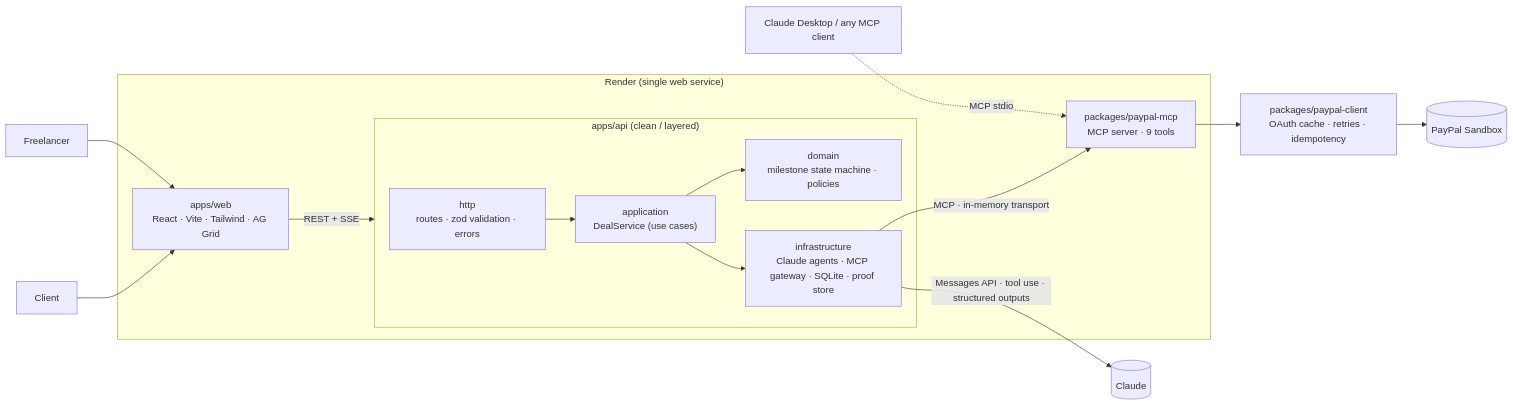
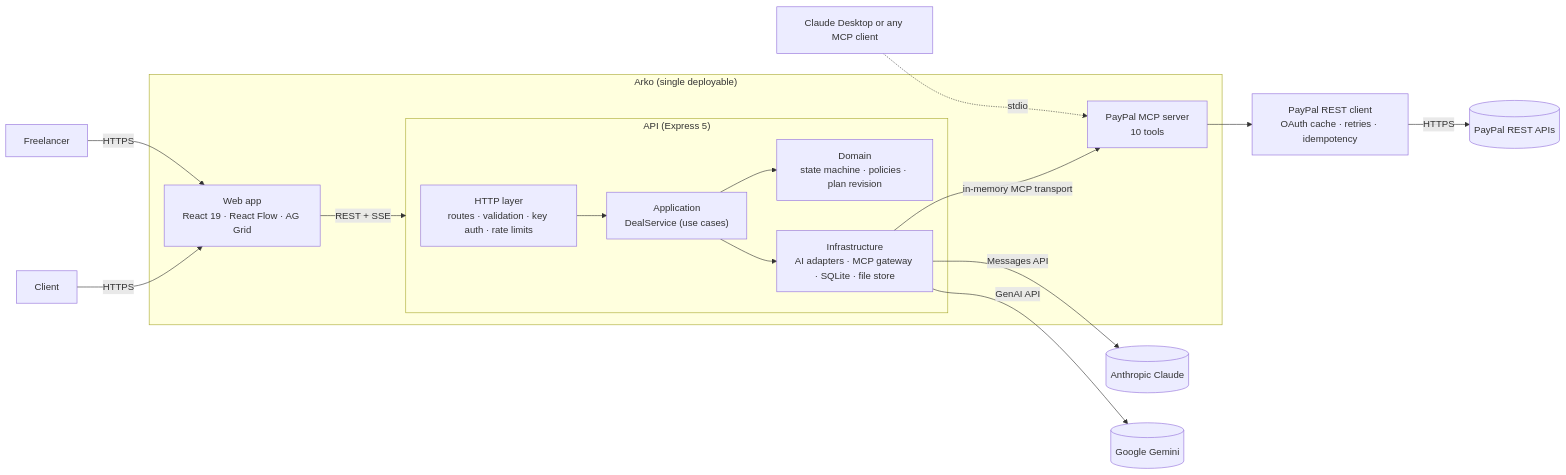
Before and after one commit to Gokul998/Arko-Pay-on-Proof: the first of 4 diagrams in README.md, drawn with Mermaid. The commit also changed other lines of this file, not shown here.

Commit message:
Rewrite README: architecture, domain schema, API and MCP contracts, security, operations

````diff
--- a/README.md
+++ b/README.md
@@ -79,17 +76,20 @@
 ```mermaid
 flowchart LR
-  C[Client] --> WEB
-  F[Freelancer] --> WEB
-  subgraph Render["Render (single web service)"]
-    WEB["apps/web<br/>React · Vite · Tailwind · AG Grid"] -->|REST + SSE| API
-    subgraph API["apps/api (clean / layered)"]
-      HTTP["http<br/>routes · zod validation · errors"] --> APP["application<br/>DealService (use cases)"]
-      APP --> DOM["domain<br/>milestone state machine · policies"]
-      APP --> INFRA["infrastructure<br/>Claude agents · MCP gateway · SQLite · proof store"]
+  C[Client] & F[Freelancer] -->|HTTPS| WEB
+  subgraph Arko["Arko (single deployable)"]
+    WEB["Web app<br/>React 19 · React Flow · AG Grid"] -->|REST + SSE| API
+    subgraph API["API (Express 5)"]
+      HTTP["HTTP layer<br/>routes · validation · key auth · rate limits"]
+      APP["Application<br/>DealService (use cases)"]
+      DOM["Domain<br/>state machine · policies · plan revision"]
+      INF["Infrastructure<br/>AI adapters · MCP gateway · SQLite · file store"]
+      HTTP --> APP --> DOM
+      APP --> INF
     end
-    INFRA -->|MCP · in-memory transport| MCP["packages/paypal-mcp<br/>MCP server · 9 tools"]
+    INF -->|in-memory MCP transport| MCP["PayPal MCP server<br/>10 tools"]
   end
-  INFRA -->|Messages API · tool use · structured outputs| CL[(Claude)]
-  MCP --> PPC["packages/paypal-client<br/>OAuth cache · retries · idempotency"] --> PP[(PayPal Sandbox)]
-  DESK["Claude Desktop / any MCP client"] -.->|MCP stdio| MCP
+  INF -->|Messages API| CLAUDE[(Anthropic Claude)]
+  INF -->|GenAI API| GEMINI[(Google Gemini)]
+  MCP --> PPC["PayPal REST client<br/>OAuth cache · retries · idempotency"] -->|HTTPS| PP[(PayPal REST APIs)]
+  DESK["Claude Desktop or any MCP client"] -.->|stdio| MCP
 ```
````
